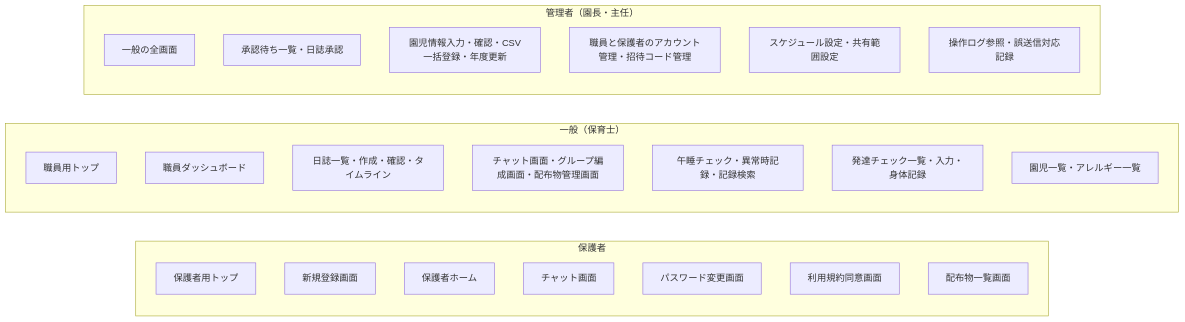
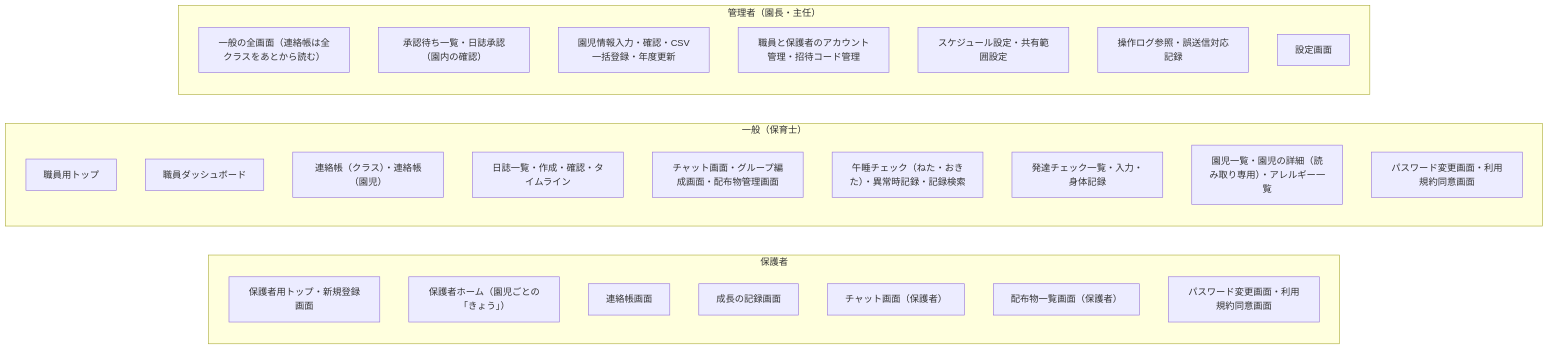
Before and after one commit to issei0423/sukusuku_system: the second of 2 diagrams in 基本設計書.md, drawn with Mermaid. The commit also changed other lines of this file, not shown here.

First line of the commit message:
基本設計書の画面の洗い出し・画面の一覧・画面体系図・画面遷移 (3-1〜3-4) に、連絡帳の3画面・成長の記録画面・設定画面を足し、共有日誌閲覧画面を連絡帳画面に置き換え、画面数の数え方を定めた（42画面）

````diff
--- a/基本設計書.md
+++ b/基本設計書.md
@@ -402,29 +439,32 @@
 ```mermaid
 flowchart LR
     subgraph G["保護者"]
-        G0["保護者用トップ"]
-        G1["新規登録画面"]
-        G2["保護者ホーム"]
-        G3["チャット画面"]
-        G4["パスワード変更画面"]
-        G5["利用規約同意画面"]
-        G6["配布物一覧画面"]
+        G0["保護者用トップ・新規登録画面"]
+        G2["保護者ホーム（園児ごとの「きょう」）"]
+        G7["連絡帳画面"]
+        G8["成長の記録画面"]
+        G3["チャット画面（保護者）"]
+        G6["配布物一覧画面（保護者）"]
+        G4["パスワード変更画面・利用規約同意画面"]
     end
     subgraph S["一般（保育士）"]
         S0["職員用トップ"]
         S1["職員ダッシュボード"]
+        S7["連絡帳（クラス）・連絡帳（園児）"]
         S2["日誌一覧・作成・確認・タイムライン"]
         S3["チャット画面・グループ編成画面・配布物管理画面"]
-        S4["午睡チェック・異常時記録・記録検索"]
+        S4["午睡チェック（ねた・おきた）・異常時記録・記録検索"]
         S5["発達チェック一覧・入力・身体記録"]
-        S6["園児一覧・アレルギー一覧"]
+        S6["園児一覧・園児の詳細（読み取り専用）・アレルギー一覧"]
+        S8["パスワード変更画面・利用規約同意画面"]
     end
     subgraph A["管理者（園長・主任）"]
-        A1["一般の全画面"]
-        A2["承認待ち一覧・日誌承認"]
+        A1["一般の全画面（連絡帳は全クラスをあとから読む）"]
+        A2["承認待ち一覧・日誌承認（園内の確認）"]
         A3["園児情報入力・確認・CSV一括登録・年度更新"]
         A4["職員と保護者のアカウント管理・招待コード管理"]
         A5["スケジュール設定・共有範囲設定"]
         A6["操作ログ参照・誤送信対応記録"]
+        A7["設定画面"]
     end
 ```
````
